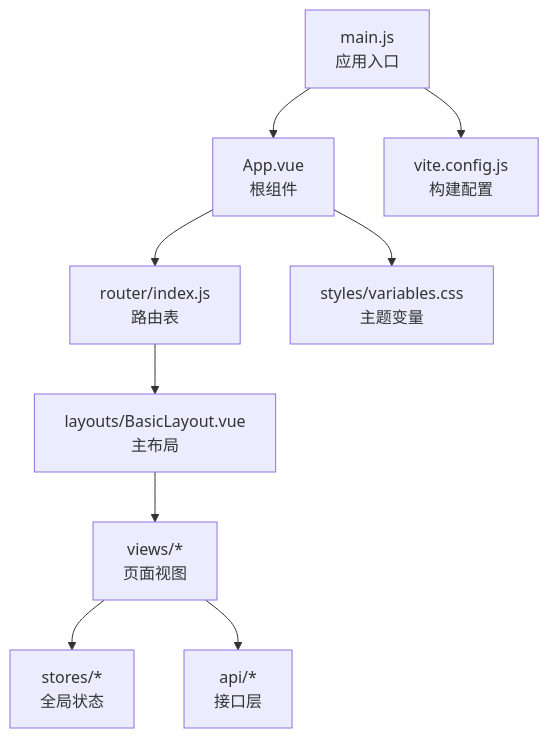
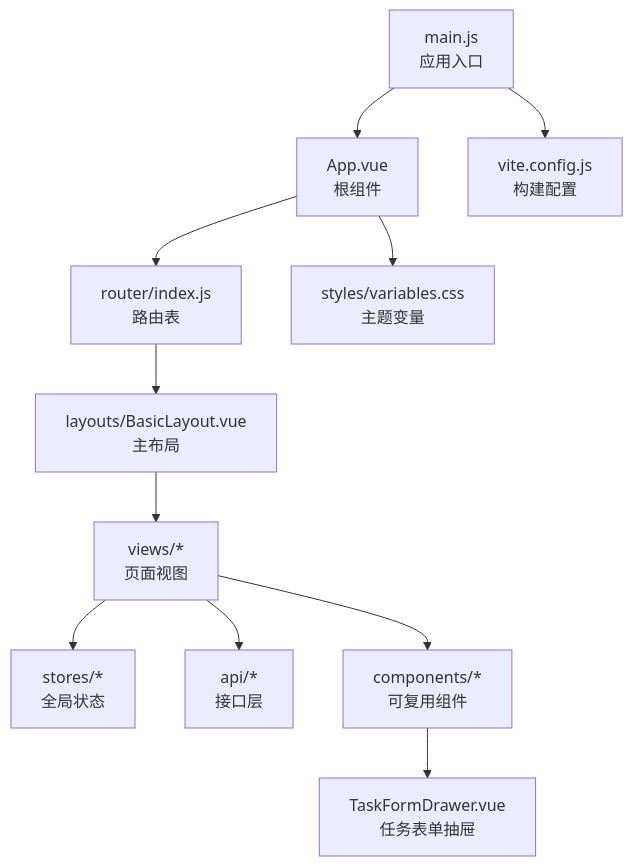
One commit to liming-lihaini/workflow changed the first of 11 diagrams in .qoder/repowiki/zh/content/用户界面设计/用户界面设计.md. Above: the diagram before and after it, drawn with Mermaid. The commit also changed other lines of this file and 57 other files, not shown here.

````diff
--- a/.qoder/repowiki/zh/content/用户界面设计/用户界面设计.md
+++ b/.qoder/repowiki/zh/content/用户界面设计/用户界面设计.md
@@ -75,11 +79,13 @@
 ```mermaid
 graph TB
 A["main.js<br/>应用入口"] --> B["App.vue<br/>根组件"]
 B --> C["router/index.js<br/>路由表"]
 C --> D["layouts/BasicLayout.vue<br/>主布局"]
 D --> E["views/*<br/>页面视图"]
 E --> F["stores/*<br/>全局状态"]
 E --> G["api/*<br/>接口层"]
-B --> H["styles/variables.css<br/>主题变量"]
-A --> I["vite.config.js<br/>构建配置"]
+E --> H["components/*<br/>可复用组件"]
+H --> I["TaskFormDrawer.vue<br/>任务表单抽屉"]
+B --> J["styles/variables.css<br/>主题变量"]
+A --> K["vite.config.js<br/>构建配置"]
 ```
````
